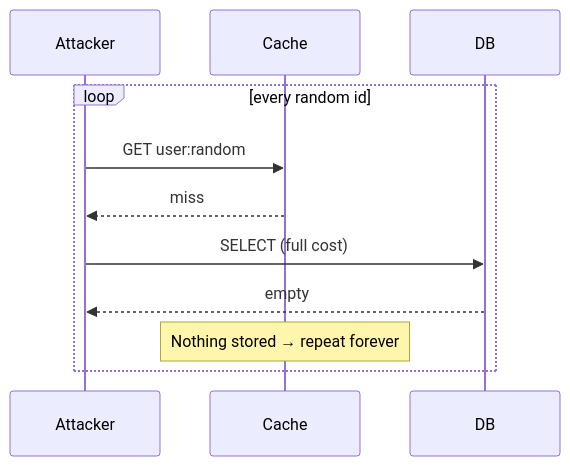
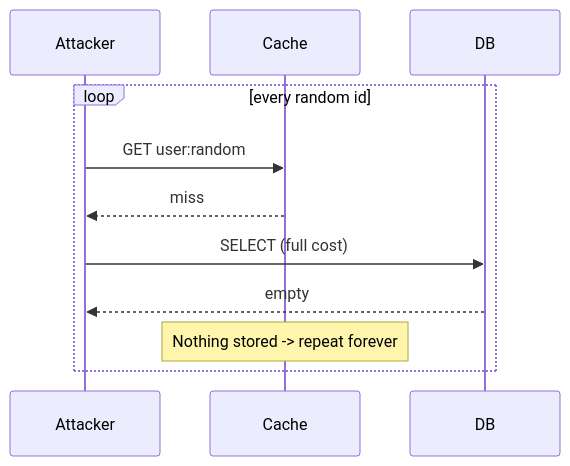
Diagram 17 of 19 in 03-caching/README.md (hareramcse/SystemDesign), drawn with Mermaid before and after one commit. The commit also changed other lines of this file and 14 other files, not shown here.

````diff
--- a/03-caching/README.md
+++ b/03-caching/README.md
@@ -1050,13 +1050,13 @@
 ```mermaid
 sequenceDiagram
     participant Attacker
     participant Cache
     participant DB
     loop every random id
         Attacker->>Cache: GET user:random
         Cache-->>Attacker: miss
         Attacker->>DB: SELECT (full cost)
         DB-->>Attacker: empty
-        Note over Cache: Nothing stored → repeat forever
+        Note over Cache: Nothing stored -> repeat forever
     end
 ```
````
